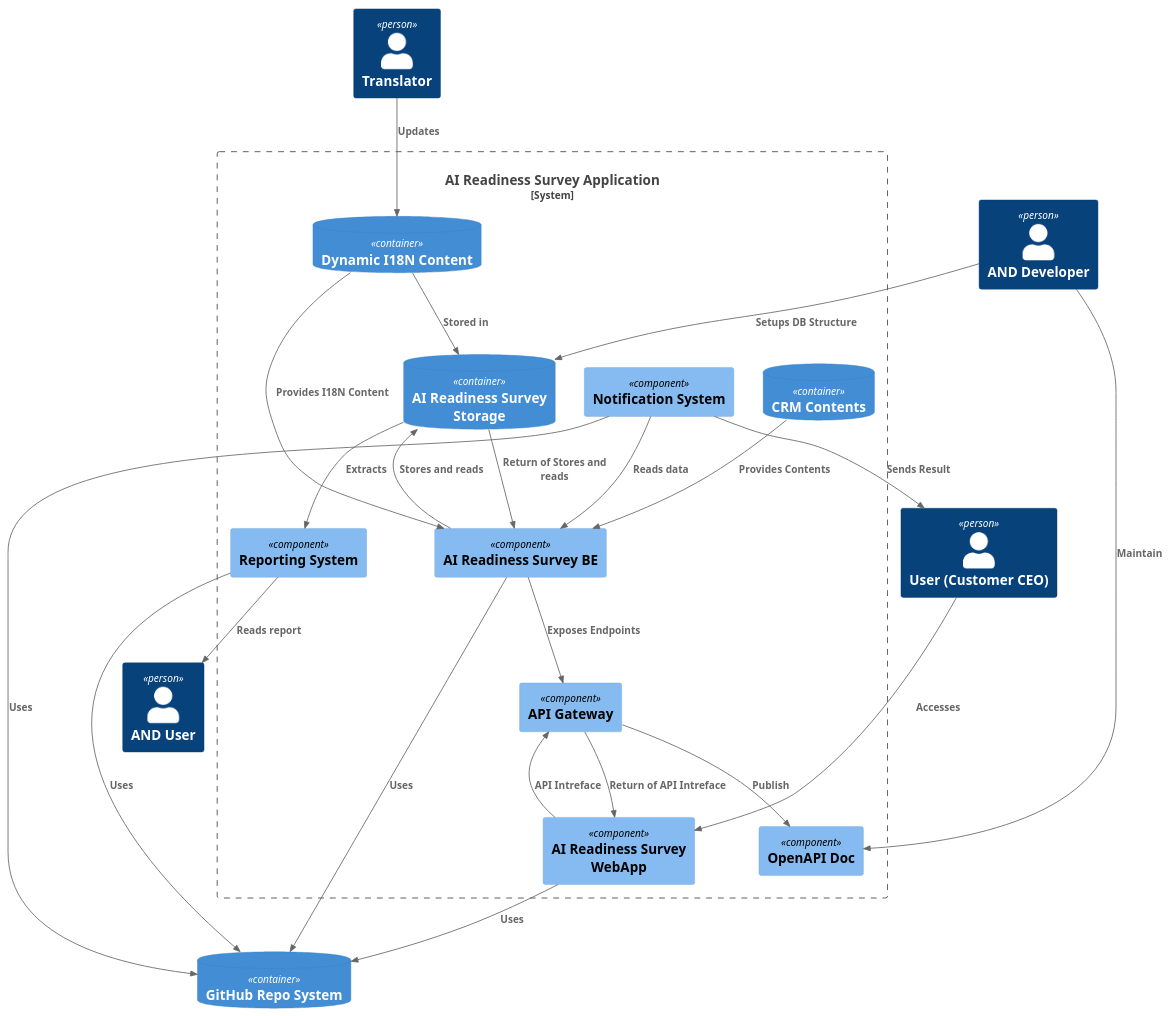
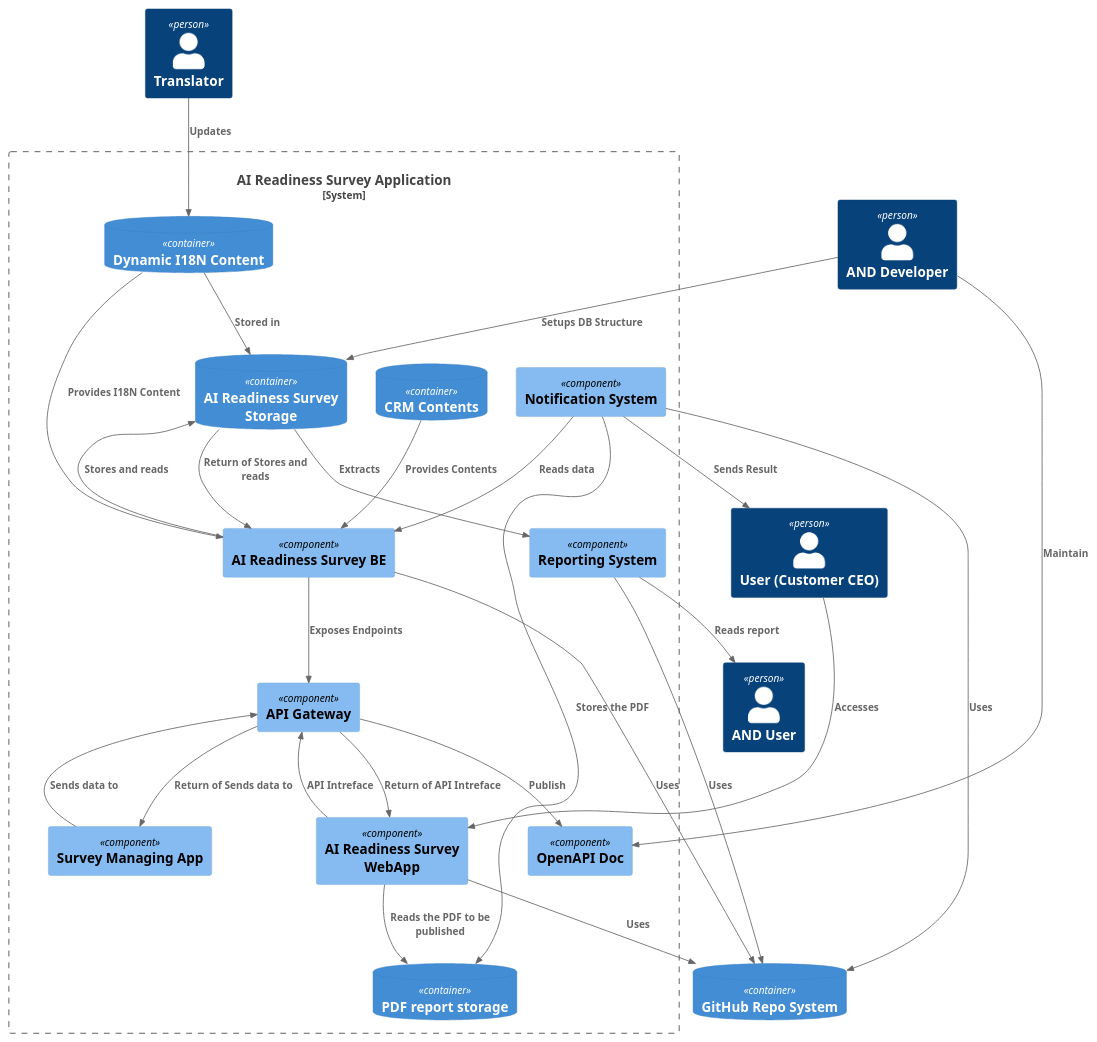
Before and after one commit to brunasti/icepanel-tools: the diagram in examples/ai/icePanel-C4-2-AI_Readiness_Survey_Application.puml, drawn with PlantUML. The commit also changed 7 other files, not shown here.

```diff
--- a/examples/ai/icePanel-C4-2-AI_Readiness_Survey_Application.puml
+++ b/examples/ai/icePanel-C4-2-AI_Readiness_Survey_Application.puml
@@ -1,79 +1,88 @@
 @startuml
 'https://plantuml.com/class-diagram
 ' CONVERT ICEPANEL DIAGRAM ===========
 ' Converter          : it.brunasti.icepanel.tools.IcePanelToPlantUmlConverter
 ' IcePanel JSON File : [./examples/ai/ARS-AI_Readiness_Survey.json]
 ' Configuration      : [./examples/ai/config.json]
-' Generated at       : Thu May 02 18:27:59 CEST 2024
+' Generated at       : Mon May 13 16:35:34 CEST 2024
 
 !include https://raw.githubusercontent.com/plantuml-stdlib/C4-PlantUML/master/C4_Context.puml
 !include https://raw.githubusercontent.com/plantuml-stdlib/C4-PlantUML/master/C4_Component.puml
 
 
 
 System_Boundary(MVsaKWytzsPec5DvAzrJ, "AI Readiness Survey Application" ) {
     ' CLASSES =======
     Component(Zas67UmkOs1zk4BhDirK, "Reporting System", "")
     Component(mCLYSixzXMXK6M59oIYW, "API Gateway", "")
     Component(5hrlGZy5caua0ihnw1fz, "AI Readiness Survey WebApp", "")
     ContainerDb(iZVcQxlnkbrnOYjJqqv2, "Dynamic I18N Content", "", "")
     ContainerDb(6KEeGMtfXzcAtPxRMm95, "CRM Contents", "", "")
+    ContainerDb(8XnH1JDLLaz64a6mgFNw, "PDF report storage", "", "")
     Component(3aSu0mcX7m60VrLzm7L6, "OpenAPI Doc", "")
     Component(SPQI7VF4lQr2xI6LfLFL, "AI Readiness Survey BE", "")
+    Component(GR2NFQnbfwI9v8VPtCdf, "Survey Managing App", "")
     Component(INwNu3tqXQVOUeQ95rmz, "Notification System", "")
     ContainerDb(tlobGJ03gGg0eTGJjeCt, "AI Readiness Survey Storage", "", "")
 }
 
 
 ' NEIGHBOR CLASSES =======
 Person(aoPaRfmaQuiM5hH5QhmS, "AND Developer", "")
 Person(I3ut2I4Ct9f3UDszgxf1, "Translator", "")
 Person(KkUEHQQOml7FBUrTDfgF, "AND User", "")
 Person(3zCEc0A8nh1jzwekwJ9e, "User (Customer CEO)", "")
 ContainerDb(Fyh0CkKDWXU6cSuyq7FS, "GitHub Repo System", "", "")
 
 
 ' SUB DIAGRAM CONNECTIONS ======= Base : [MVsaKWytzsPec5DvAzrJ]
 ' CONNECTION : [Stores and reads] [SPQI7VF4lQr2xI6LfLFL] [tlobGJ03gGg0eTGJjeCt] [bidirectional]
 Rel(SPQI7VF4lQr2xI6LfLFL, tlobGJ03gGg0eTGJjeCt, "Stores and reads" )
 Rel(tlobGJ03gGg0eTGJjeCt, SPQI7VF4lQr2xI6LfLFL, "Return of Stores and reads" )
 ' CONNECTION : [Extracts] [tlobGJ03gGg0eTGJjeCt] [Zas67UmkOs1zk4BhDirK] [outgoing]
 Rel(tlobGJ03gGg0eTGJjeCt, Zas67UmkOs1zk4BhDirK, "Extracts" )
 ' CONNECTION : [Maintain] [aoPaRfmaQuiM5hH5QhmS] [3aSu0mcX7m60VrLzm7L6] [outgoing]
 Rel(aoPaRfmaQuiM5hH5QhmS, 3aSu0mcX7m60VrLzm7L6, "Maintain" )
+' CONNECTION : [Sends data to] [GR2NFQnbfwI9v8VPtCdf] [mCLYSixzXMXK6M59oIYW] [bidirectional]
+Rel(GR2NFQnbfwI9v8VPtCdf, mCLYSixzXMXK6M59oIYW, "Sends data to" )
+Rel(mCLYSixzXMXK6M59oIYW, GR2NFQnbfwI9v8VPtCdf, "Return of Sends data to" )
 ' CONNECTION : [Provides Contents] [6KEeGMtfXzcAtPxRMm95] [SPQI7VF4lQr2xI6LfLFL] [outgoing]
 Rel(6KEeGMtfXzcAtPxRMm95, SPQI7VF4lQr2xI6LfLFL, "Provides Contents" )
 ' CONNECTION : [Updates] [I3ut2I4Ct9f3UDszgxf1] [iZVcQxlnkbrnOYjJqqv2] [outgoing]
 Rel(I3ut2I4Ct9f3UDszgxf1, iZVcQxlnkbrnOYjJqqv2, "Updates" )
+' CONNECTION : [Reads the PDF to be published] [5hrlGZy5caua0ihnw1fz] [8XnH1JDLLaz64a6mgFNw] [outgoing]
+Rel(5hrlGZy5caua0ihnw1fz, 8XnH1JDLLaz64a6mgFNw, "Reads the PDF to be published" )
 ' CONNECTION : [API Intreface] [5hrlGZy5caua0ihnw1fz] [mCLYSixzXMXK6M59oIYW] [bidirectional]
 Rel(5hrlGZy5caua0ihnw1fz, mCLYSixzXMXK6M59oIYW, "API Intreface" )
 Rel(mCLYSixzXMXK6M59oIYW, 5hrlGZy5caua0ihnw1fz, "Return of API Intreface" )
 ' CONNECTION : [Provides I18N Content] [iZVcQxlnkbrnOYjJqqv2] [SPQI7VF4lQr2xI6LfLFL] [outgoing]
 Rel(iZVcQxlnkbrnOYjJqqv2, SPQI7VF4lQr2xI6LfLFL, "Provides I18N Content" )
 ' CONNECTION : [Setups DB Structure] [aoPaRfmaQuiM5hH5QhmS] [tlobGJ03gGg0eTGJjeCt] [outgoing]
 Rel(aoPaRfmaQuiM5hH5QhmS, tlobGJ03gGg0eTGJjeCt, "Setups DB Structure" )
 ' CONNECTION : [Uses] [5hrlGZy5caua0ihnw1fz] [Fyh0CkKDWXU6cSuyq7FS] [outgoing]
 Rel(5hrlGZy5caua0ihnw1fz, Fyh0CkKDWXU6cSuyq7FS, "Uses" )
 ' CONNECTION : [Publish] [mCLYSixzXMXK6M59oIYW] [3aSu0mcX7m60VrLzm7L6] [outgoing]
 Rel(mCLYSixzXMXK6M59oIYW, 3aSu0mcX7m60VrLzm7L6, "Publish" )
 ' CONNECTION : [Uses] [INwNu3tqXQVOUeQ95rmz] [Fyh0CkKDWXU6cSuyq7FS] [outgoing]
 Rel(INwNu3tqXQVOUeQ95rmz, Fyh0CkKDWXU6cSuyq7FS, "Uses" )
 ' CONNECTION : [Sends Result] [INwNu3tqXQVOUeQ95rmz] [3zCEc0A8nh1jzwekwJ9e] [outgoing]
 Rel(INwNu3tqXQVOUeQ95rmz, 3zCEc0A8nh1jzwekwJ9e, "Sends Result" )
 ' CONNECTION : [Exposes Endpoints] [SPQI7VF4lQr2xI6LfLFL] [mCLYSixzXMXK6M59oIYW] [outgoing]
 Rel(SPQI7VF4lQr2xI6LfLFL, mCLYSixzXMXK6M59oIYW, "Exposes Endpoints" )
+' CONNECTION : [Stores the PDF] [INwNu3tqXQVOUeQ95rmz] [8XnH1JDLLaz64a6mgFNw] [outgoing]
+Rel(INwNu3tqXQVOUeQ95rmz, 8XnH1JDLLaz64a6mgFNw, "Stores the PDF" )
 ' CONNECTION : [Reads data] [INwNu3tqXQVOUeQ95rmz] [SPQI7VF4lQr2xI6LfLFL] [outgoing]
 Rel(INwNu3tqXQVOUeQ95rmz, SPQI7VF4lQr2xI6LfLFL, "Reads data" )
 ' CONNECTION : [Uses] [SPQI7VF4lQr2xI6LfLFL] [Fyh0CkKDWXU6cSuyq7FS] [outgoing]
 Rel(SPQI7VF4lQr2xI6LfLFL, Fyh0CkKDWXU6cSuyq7FS, "Uses" )
 ' CONNECTION : [Uses] [Zas67UmkOs1zk4BhDirK] [Fyh0CkKDWXU6cSuyq7FS] [outgoing]
 Rel(Zas67UmkOs1zk4BhDirK, Fyh0CkKDWXU6cSuyq7FS, "Uses" )
 ' CONNECTION : [Reads report] [Zas67UmkOs1zk4BhDirK] [KkUEHQQOml7FBUrTDfgF] [outgoing]
 Rel(Zas67UmkOs1zk4BhDirK, KkUEHQQOml7FBUrTDfgF, "Reads report" )
 ' CONNECTION : [Stored in] [iZVcQxlnkbrnOYjJqqv2] [tlobGJ03gGg0eTGJjeCt] [outgoing]
 Rel(iZVcQxlnkbrnOYjJqqv2, tlobGJ03gGg0eTGJjeCt, "Stored in" )
 ' CONNECTION : [Accesses] [3zCEc0A8nh1jzwekwJ9e] [5hrlGZy5caua0ihnw1fz] [outgoing]
 Rel(3zCEc0A8nh1jzwekwJ9e, 5hrlGZy5caua0ihnw1fz, "Accesses" )
 
 
 @enduml
```
